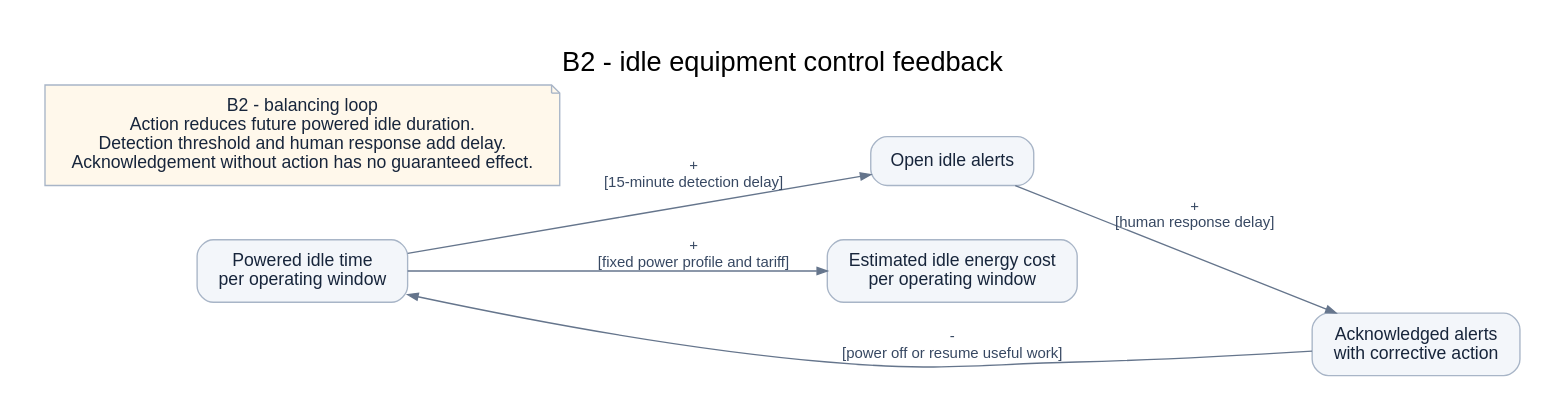
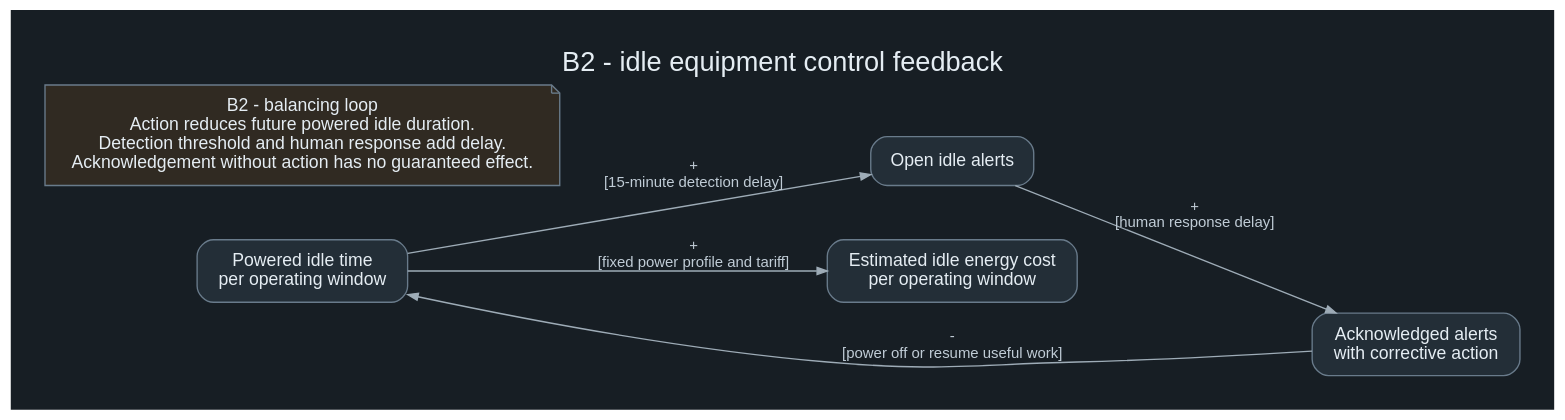
The diagram in docs/models/diagrams/causal-energy.dot (Kallst/mechanical-workshop), drawn with Graphviz before and after one commit. The commit also changed 80 other files, not shown here.

Commit message:
feat(atlas): organize bilingual diagrams in the current workshop theme

```diff
--- a/docs/models/diagrams/causal-energy.dot
+++ b/docs/models/diagrams/causal-energy.dot
@@ -1,16 +1,16 @@
 digraph causal_energy {
-graph [rankdir=LR, bgcolor="#ffffff", pad="0.35", nodesep="0.55", ranksep="0.8", fontname="Arial", fontsize=20, labelloc=t, label="B2 - idle equipment control feedback", compound=true];
-node [shape=box, style="rounded,filled", fillcolor="#f3f6fa", color="#a8b5c7", fontcolor="#17253b", fontname="Arial", fontsize=13, margin="0.18,0.13"];
-edge [fontname="Arial", fontsize=11, fontcolor="#374862", color="#65758c", arrowsize=0.75];
+graph [rankdir=LR, bgcolor="#171e24", pad="0.35", nodesep="0.55", ranksep="0.8", fontname="Arial", fontsize=20, fontcolor="#e5edf3", labelloc=t, label="B2 - idle equipment control feedback", compound=true];
+node [shape=box, style="rounded,filled", fillcolor="#232e37", color="#697b8b", fontcolor="#e5edf3", fontname="Arial", fontsize=13, margin="0.18,0.13"];
+edge [fontname="Arial", fontsize=11, fontcolor="#c0ccd6", color="#9eacb7", arrowsize=0.75];
 
 idle [label="Powered idle time\nper operating window"];
 alerts [label="Open idle alerts"];
 response [label="Acknowledged alerts\nwith corrective action"];
 cost [label="Estimated idle energy cost\nper operating window"];
-control [shape=note, fillcolor="#fff8eb", label="B2 - balancing loop\nAction reduces future powered idle duration.\nDetection threshold and human response add delay.\nAcknowledgement without action has no guaranteed effect."];
+control [shape=note, fillcolor="#302a22", label="B2 - balancing loop\nAction reduces future powered idle duration.\nDetection threshold and human response add delay.\nAcknowledgement without action has no guaranteed effect."];
 "idle" -> "alerts" [label="+\n[15-minute detection delay]"];
 "alerts" -> "response" [label="+\n[human response delay]"];
 "response" -> "idle" [label="-\n[power off or resume useful work]"];
 "idle" -> "cost" [label="+\n[fixed power profile and tariff]"];
 
 }
```
